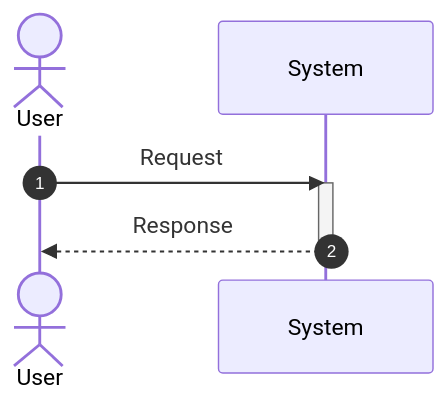
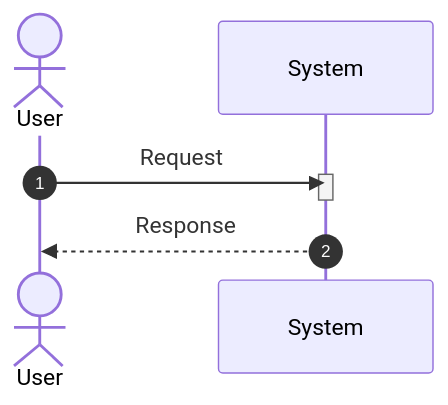
One commit to pingpm/mermaid_vault changed the diagram in mmd/123_f8792784-3ef7-44c7-a0e8-3f20bc3450e7.mmd. Above: the diagram before and after it, drawn with Mermaid. The commit also changed 4 other files, not shown here.

Commit message:
Sync Mermaid Studio data (5 diagrams)

```diff
--- a/mmd/123_f8792784-3ef7-44c7-a0e8-3f20bc3450e7.mmd
+++ b/mmd/123_f8792784-3ef7-44c7-a0e8-3f20bc3450e7.mmd
@@ -1,8 +1,8 @@
 sequenceDiagram
   autonumber
-  actor user as User
-  participant system as System
-  user->>system: Request
-  activate system
-  system-->>user: Response
-  deactivate system
+  actor p0 as User
+  participant p1 as System
+  p0->>p1: Request
+  activate p1
+  deactivate p1
+  p1-->>p0: Response
```
